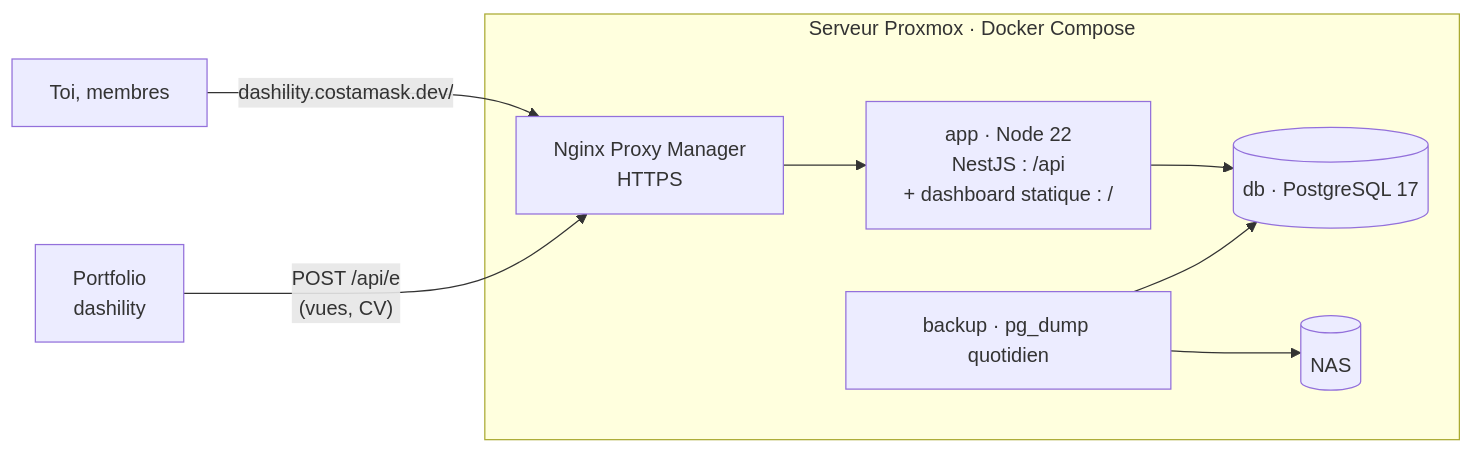
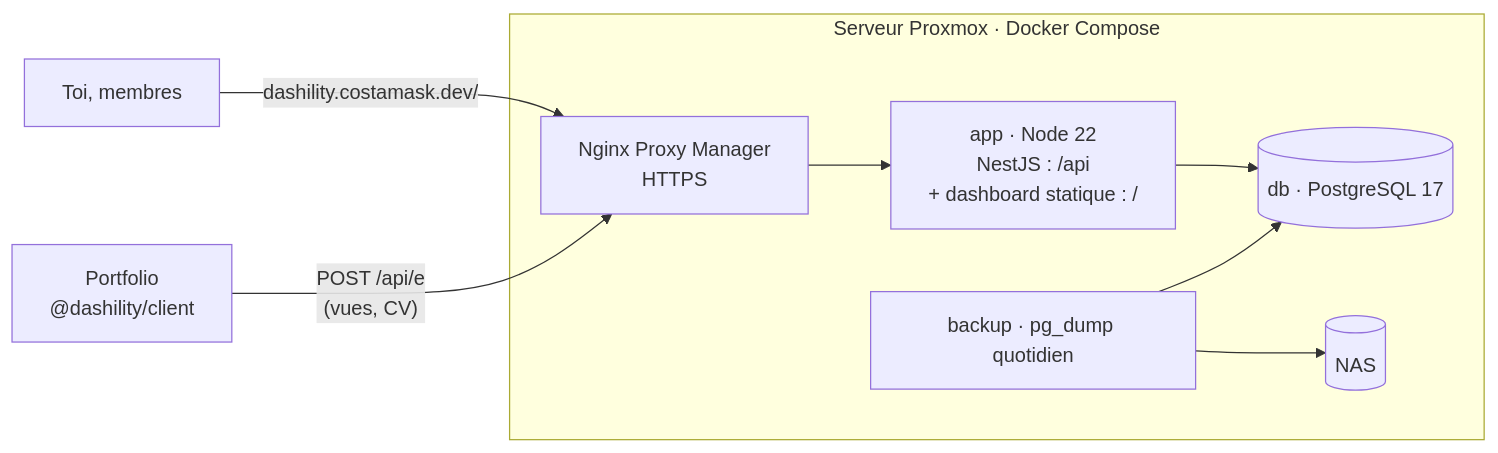
The first of 3 diagrams in docs/07-architecture-technique.md (K0Konut/Headless_CMS), drawn with Mermaid before and after one commit. The commit also changed other lines of this file and 4 other files, not shown here.

First line of the commit message:
fix(client): revient au nom @dashility/client, publié en accès public

````diff
--- a/docs/07-architecture-technique.md
+++ b/docs/07-architecture-technique.md
@@ -9,11 +9,11 @@
 ```mermaid
 flowchart LR
     subgraph Serveur["Serveur Proxmox · Docker Compose"]
         NPM["Nginx Proxy Manager<br/>HTTPS"] --> APP["app · Node 22<br/>NestJS : /api<br/>+ dashboard statique : /"]
         APP --> DB[("db · PostgreSQL 17")]
         BK["backup · pg_dump quotidien"] --> DB
         BK --> NAS[("NAS")]
     end
     U["Toi, membres"] -- "dashility.costamask.dev/" --> NPM
-    SITE["Portfolio<br/>dashility"] -- "POST /api/e<br/>(vues, CV)" --> NPM
+    SITE["Portfolio<br/>@dashility/client"] -- "POST /api/e<br/>(vues, CV)" --> NPM
 ```
````
